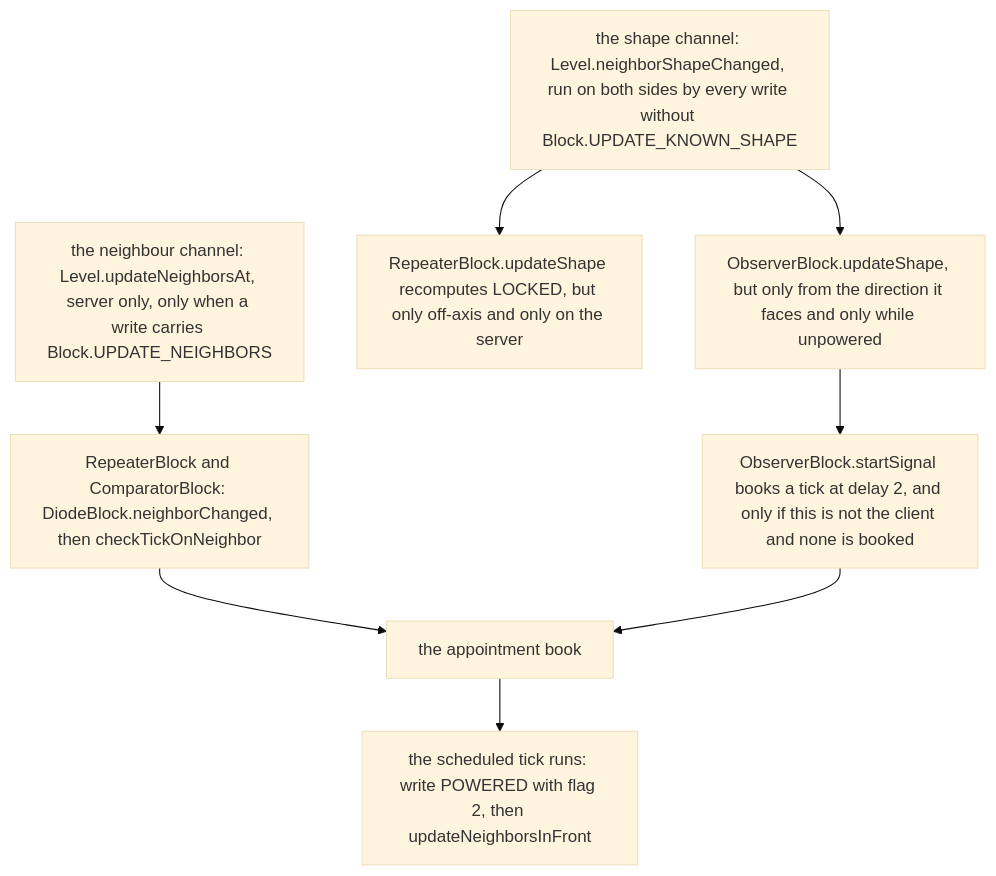
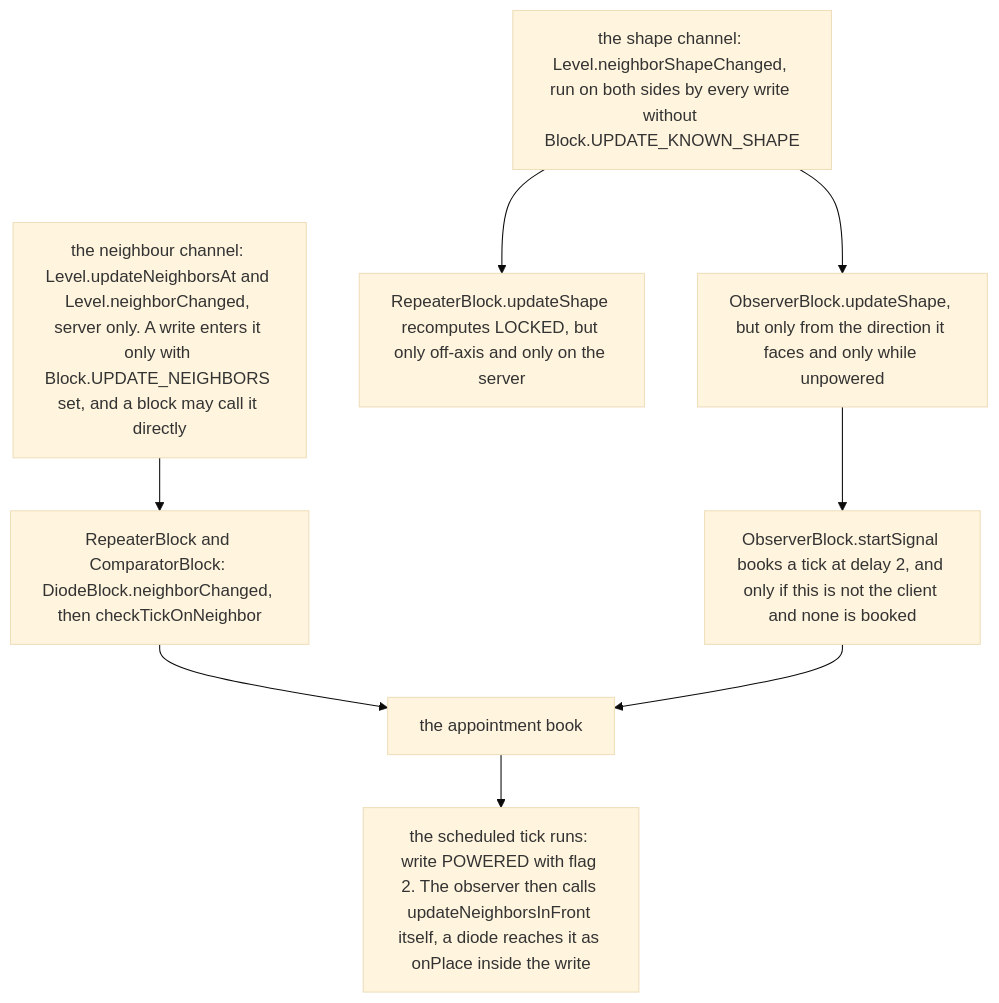
One commit to AlexanderjFraser/MinecraftDocs changed the diagram in src/systems/blocks/diodes-and-observers.md. Above: the diagram before and after it, drawn with Mermaid (base theme). The commit also changed other lines of this file and 13 other files, not shown here.

First line of the commit message:
pass 4, session E — Part V: a staircase nobody has seen, a push a tick early, and a door on the wrong channel

````diff
--- a/src/systems/blocks/diodes-and-observers.md
+++ b/src/systems/blocks/diodes-and-observers.md
@@ -137,15 +149,15 @@
 ```mermaid
 flowchart TB
-    NC["the neighbour channel: Level.updateNeighborsAt, server only, only when a write carries Block.UPDATE_NEIGHBORS"]
+    NC["the neighbour channel: Level.updateNeighborsAt and Level.neighborChanged, server only. A write enters it only with Block.UPDATE_NEIGHBORS set, and a block may call it directly"]
     SC["the shape channel: Level.neighborShapeChanged, run on both sides by every write without Block.UPDATE_KNOWN_SHAPE"]
     RB["RepeaterBlock and ComparatorBlock: DiodeBlock.neighborChanged, then checkTickOnNeighbor"]
     RL["RepeaterBlock.updateShape recomputes LOCKED, but only off-axis and only on the server"]
     OB["ObserverBlock.updateShape, but only from the direction it faces and only while unpowered"]
     SS["ObserverBlock.startSignal books a tick at delay 2, and only if this is not the client and none is booked"]
     BOOK["the appointment book"]
-    TICK["the scheduled tick runs: write POWERED with flag 2, then updateNeighborsInFront"]
+    TICK["the scheduled tick runs: write POWERED with flag 2. The observer then calls updateNeighborsInFront itself, a diode reaches it as onPlace inside the write"]
     NC --> RB --> BOOK
     SC --> RL
     SC --> OB --> SS --> BOOK
     BOOK --> TICK
 ```
````
